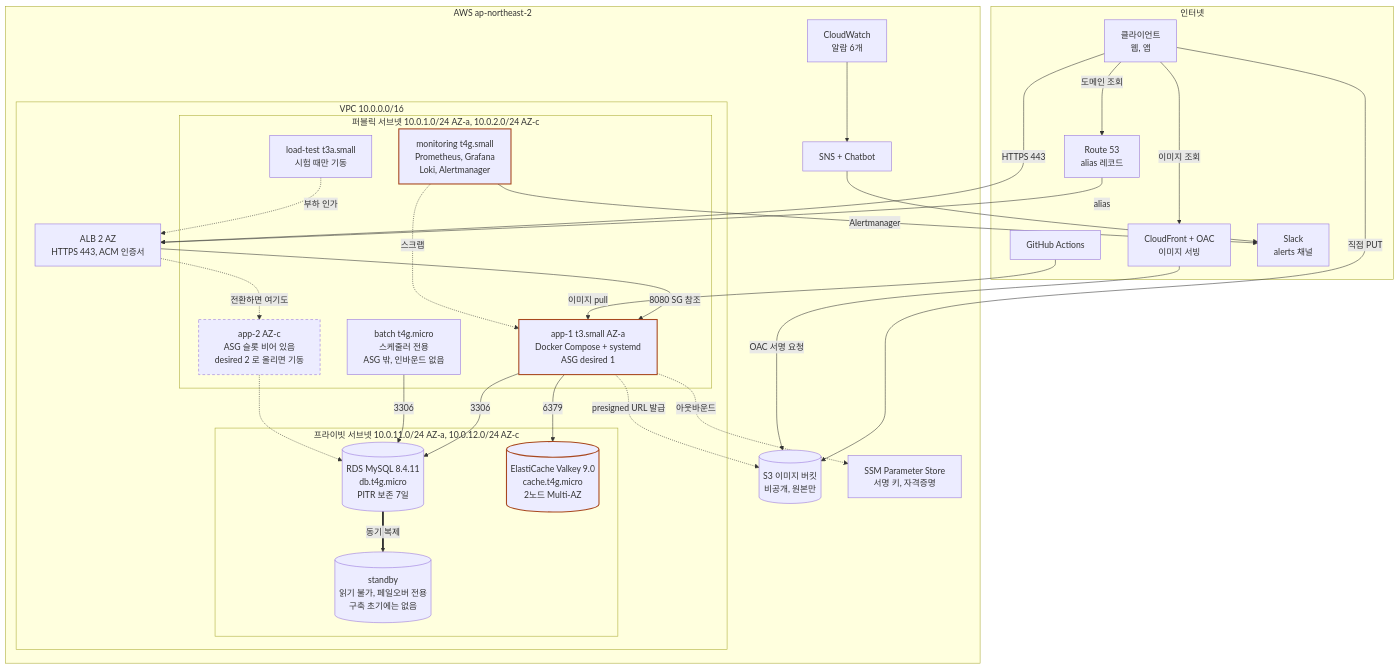
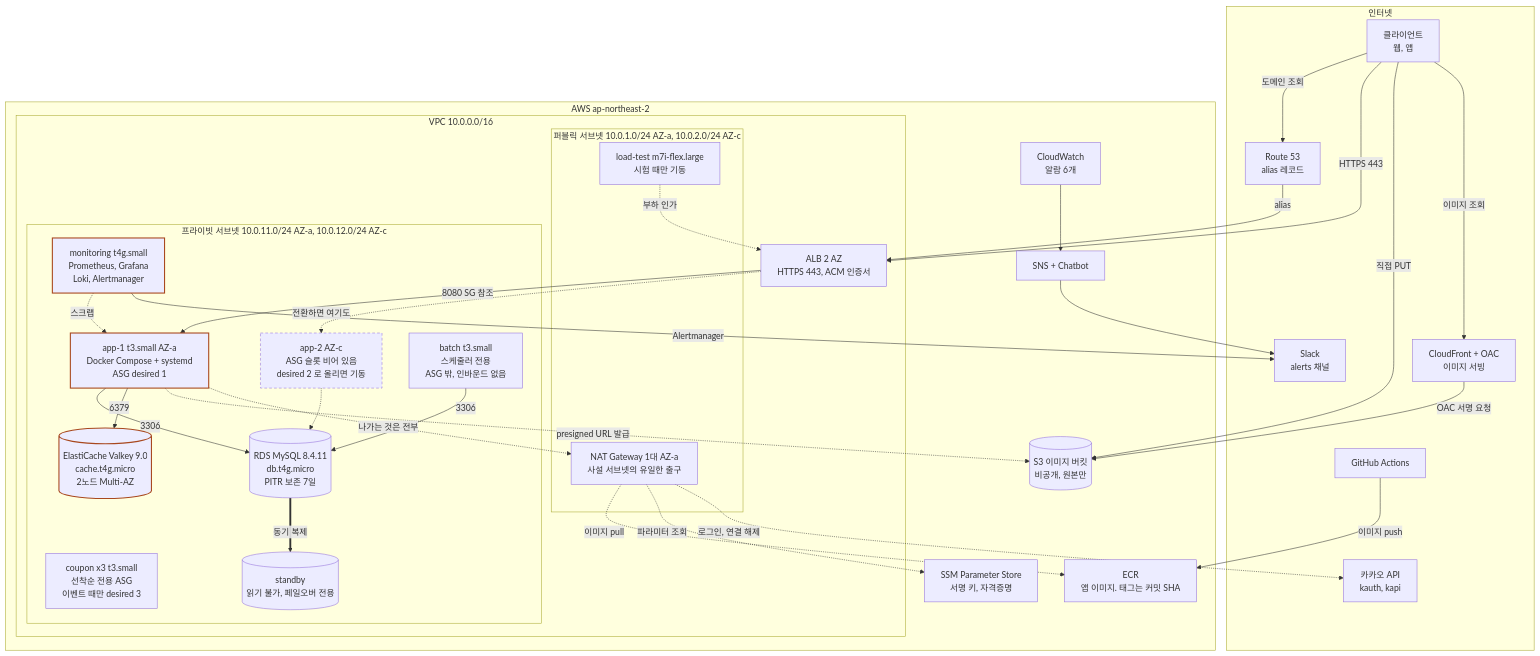
The first of 10 diagrams in docs/system-design/백엔드공통_시스템디자인_종합.md (fresh-market/fm-infra), drawn with Mermaid before and after one commit. The commit also changed other lines of this file, not shown here.

Commit message:
[Docs] 한 장 요약의 구성도와 서브넷 배치를 실제와 맞춘다

````diff
--- a/docs/system-design/백엔드공통_시스템디자인_종합.md
+++ b/docs/system-design/백엔드공통_시스템디자인_종합.md
@@ -10,61 +10,68 @@
 ```mermaid
 graph TB
     subgraph internet["인터넷"]
         U["클라이언트<br/>웹, 앱"]
         R53["Route 53<br/>alias 레코드"]
         CFT["CloudFront + OAC<br/>이미지 서빙"]
         GH["GitHub Actions"]
         SLK["Slack<br/>alerts 채널"]
+        KKO["카카오 API<br/>kauth, kapi"]
     end
 
     subgraph aws["AWS ap-northeast-2"]
         S3I[("S3 이미지 버킷<br/>비공개, 원본만")]
         SSM["SSM Parameter Store<br/>서명 키, 자격증명"]
+        ECR["ECR<br/>앱 이미지. 태그는 커밋 SHA"]
         CWA["CloudWatch<br/>알람 6개"]
         SNS["SNS + Chatbot"]
 
         subgraph vpc["VPC 10.0.0.0/16"]
             ALB["ALB 2 AZ<br/>HTTPS 443, ACM 인증서"]
 
             subgraph pub["퍼블릭 서브넷 10.0.1.0/24 AZ-a, 10.0.2.0/24 AZ-c"]
-                APP1["app-1 t3.small AZ-a<br/>Docker Compose + systemd<br/>ASG desired 1"]
-                APP2["app-2 AZ-c<br/>ASG 슬롯 비어 있음<br/>desired 2 로 올리면 기동"]
-                MON["monitoring t4g.small<br/>Prometheus, Grafana<br/>Loki, Alertmanager"]
-                BAT["batch t4g.micro<br/>스케줄러 전용<br/>ASG 밖, 인바운드 없음"]
-                LTI["load-test t3a.small<br/>시험 때만 기동"]
+                NAT["NAT Gateway 1대 AZ-a<br/>사설 서브넷의 유일한 출구"]
+                LTI["load-test m7i-flex.large<br/>시험 때만 기동"]
             end
 
             subgraph pri["프라이빗 서브넷 10.0.11.0/24 AZ-a, 10.0.12.0/24 AZ-c"]
+                APP1["app-1 t3.small AZ-a<br/>Docker Compose + systemd<br/>ASG desired 1"]
+                APP2["app-2 AZ-c<br/>ASG 슬롯 비어 있음<br/>desired 2 로 올리면 기동"]
+                CPN["coupon x3 t3.small<br/>선착순 전용 ASG<br/>이벤트 때만 desired 3"]
+                MON["monitoring t4g.small<br/>Prometheus, Grafana<br/>Loki, Alertmanager"]
+                BAT["batch t3.small<br/>스케줄러 전용<br/>ASG 밖, 인바운드 없음"]
                 RDS1[("RDS MySQL 8.4.11<br/>db.t4g.micro<br/>PITR 보존 7일")]
-                RDS2[("standby<br/>읽기 불가, 페일오버 전용<br/>구축 초기에는 없음")]
+                RDS2[("standby<br/>읽기 불가, 페일오버 전용")]
                 CACHE[("ElastiCache Valkey 9.0<br/>cache.t4g.micro<br/>2노드 Multi-AZ")]
             end
         end
     end
 
     U -->|도메인 조회| R53
     R53 -->|alias| ALB
     U -->|HTTPS 443| ALB
     ALB -->|8080 SG 참조| APP1
     APP1 -->|3306| RDS1
     APP1 -->|6379| CACHE
     RDS1 ==>|동기 복제| RDS2
     APP1 -.->|presigned URL 발급| S3I
     U -->|직접 PUT| S3I
     U -->|이미지 조회| CFT
     CFT -->|OAC 서명 요청| S3I
-    APP1 -.->|아웃바운드| SSM
     BAT -->|3306| RDS1
-    GH -->|이미지 pull| APP1
+    GH -->|이미지 push| ECR
+    APP1 -.->|나가는 것은 전부| NAT
+    NAT -.->|이미지 pull| ECR
+    NAT -.->|파라미터 조회| SSM
+    NAT -.->|로그인, 연결 해제| KKO
     MON -.->|스크랩| APP1
     MON -->|Alertmanager| SLK
     CWA --> SNS --> SLK
     LTI -.->|부하 인가| ALB
     ALB -.->|전환하면 여기도| APP2
     APP2 -.-> RDS1
 
     classDef spof stroke:#A8481F,stroke-width:2px;
     class APP1,CACHE,MON spof;
     classDef idle stroke-dasharray:5 4;
     class APP2 idle;
 ```
````
